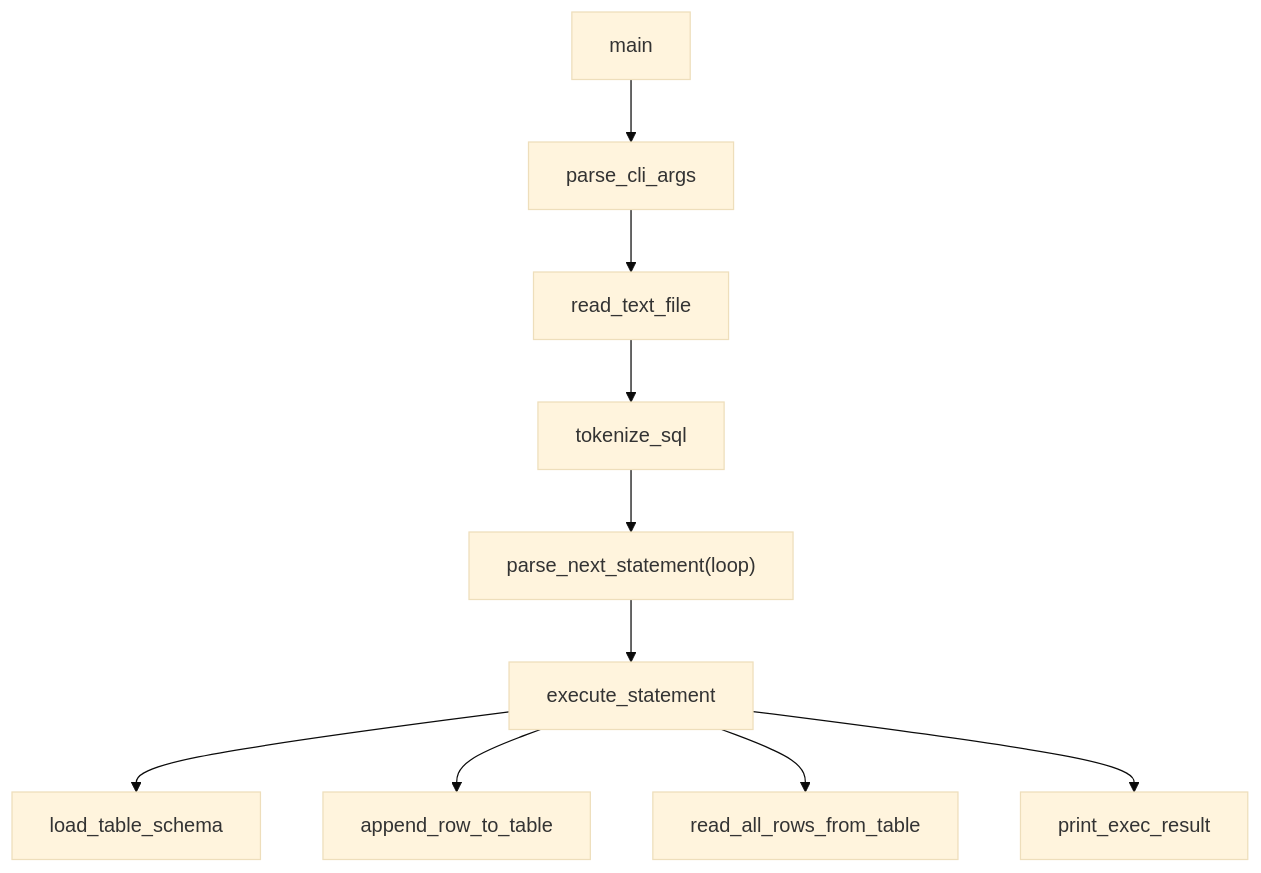
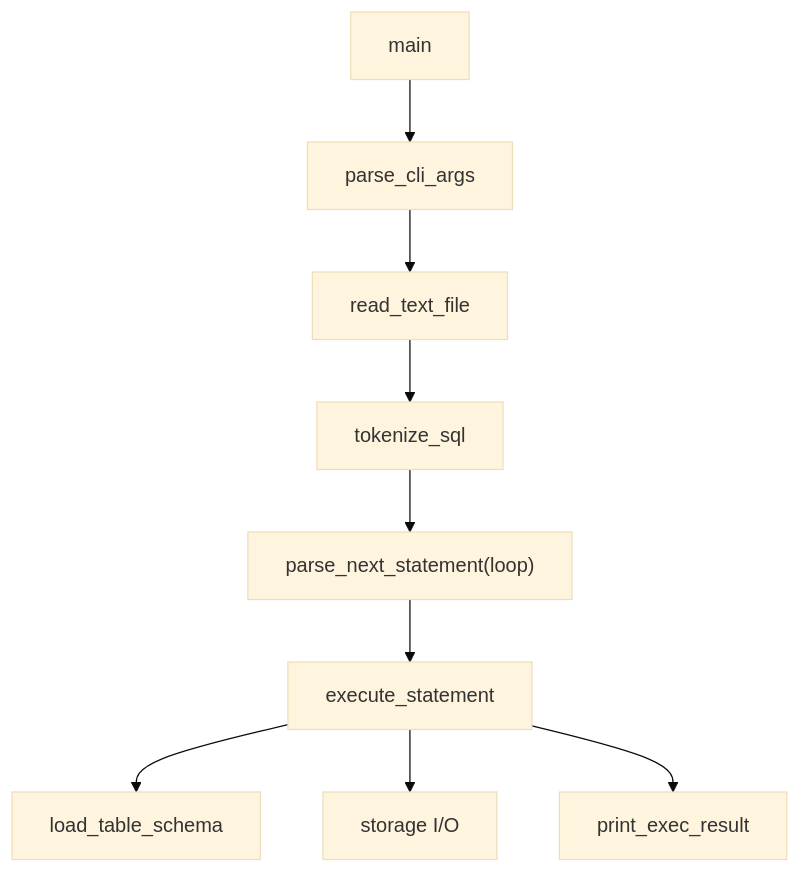
The fourth of 11 diagrams in README.md (whiskend/sql-parser-engine), drawn with Mermaid (base theme) before and after one commit. The commit also changed other lines of this file and 1 other file, not shown here.

````diff
--- a/README.md
+++ b/README.md
@@ -110,12 +74,11 @@
 ```mermaid
 flowchart TD
     M["main"] --> C1["parse_cli_args"]
     C1 --> U1["read_text_file"]
     U1 --> L1["tokenize_sql"]
     L1 --> P1["parse_next_statement(loop)"]
     P1 --> E1["execute_statement"]
     E1 --> S1["load_table_schema"]
-    E1 --> S2["append_row_to_table"]
-    E1 --> S3["read_all_rows_from_table"]
+    E1 --> S2["storage I/O"]
     E1 --> R1["print_exec_result"]
 ```
````
